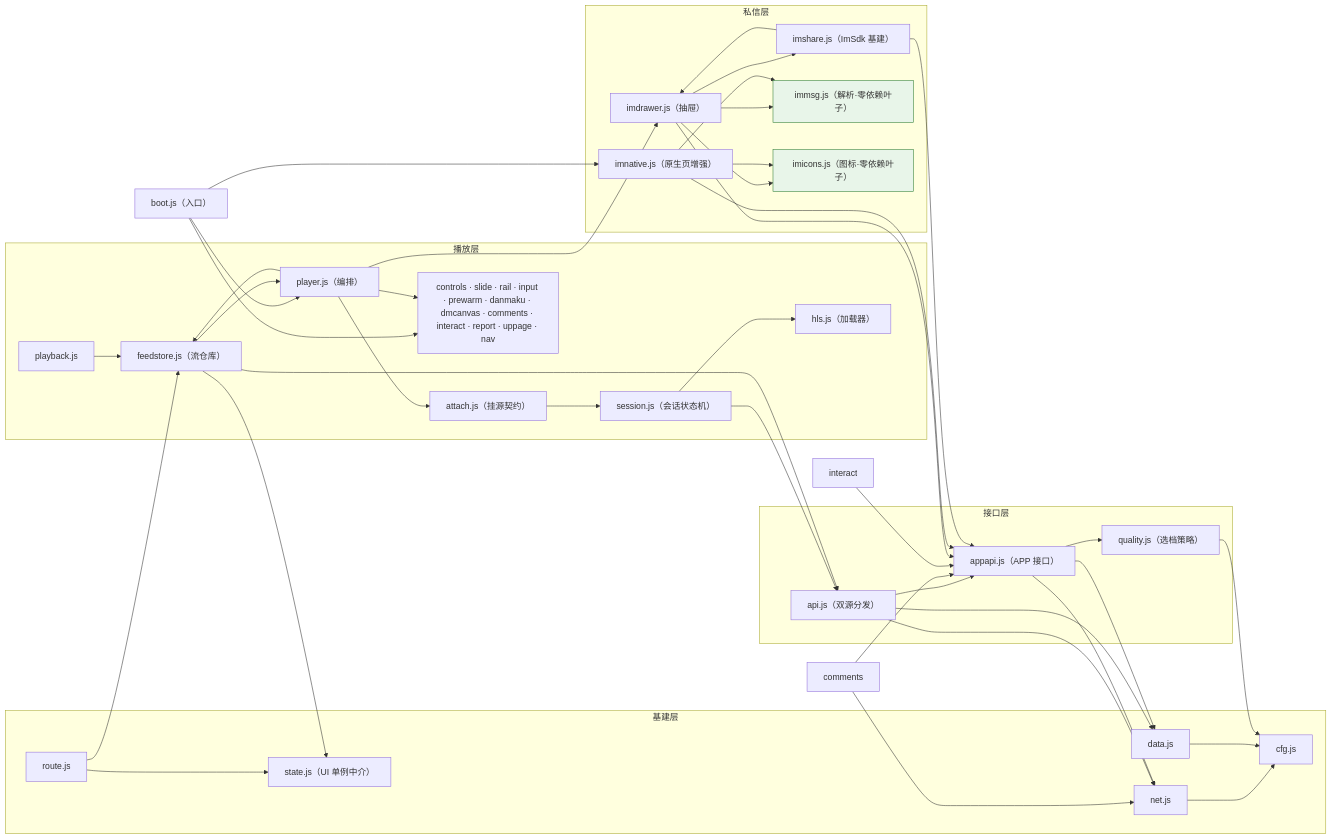
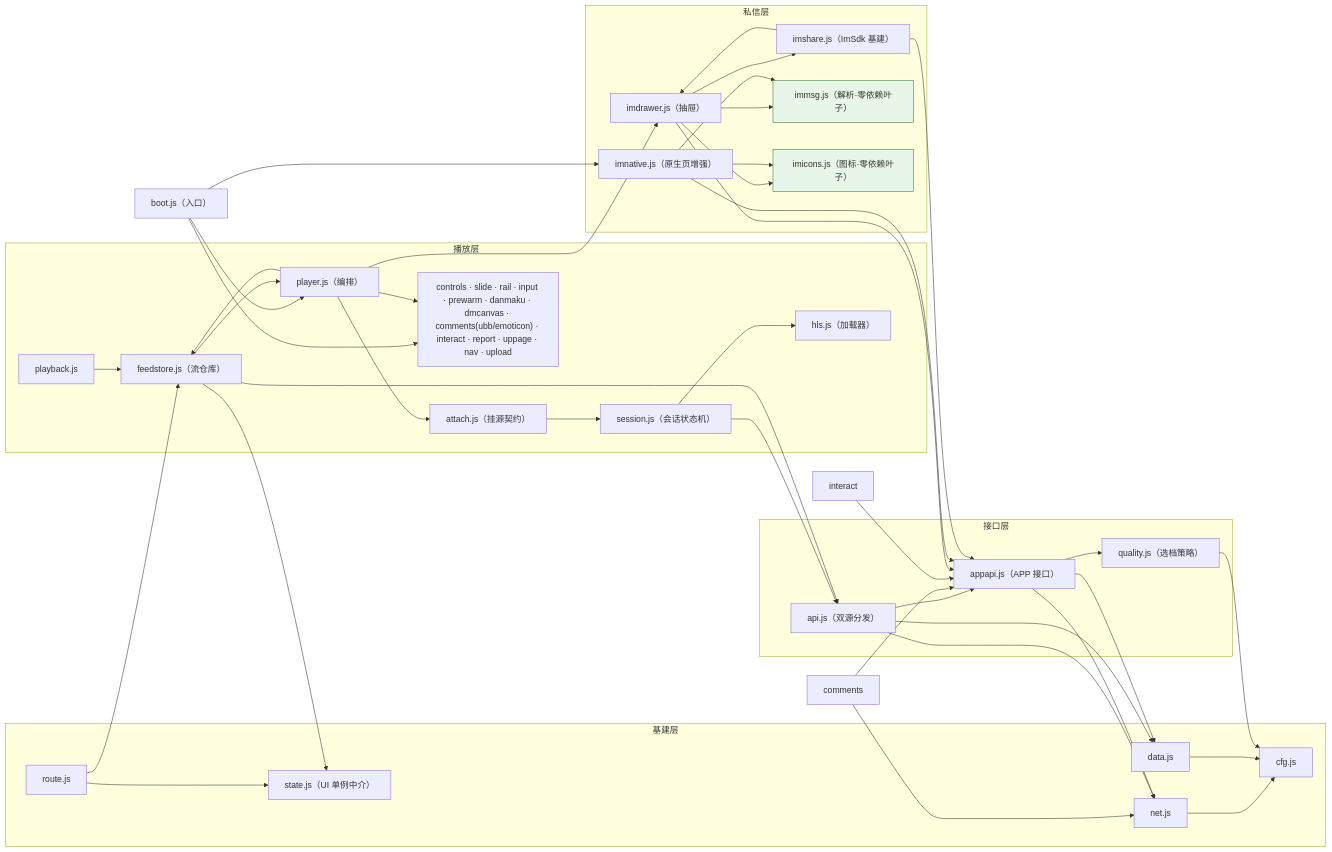
One commit to name-xxl/acfun-svfeed changed the diagram in README.md. Above: the diagram before and after it, drawn with Mermaid. The commit also changed other lines of this file and 11 other files, not shown here.

````diff
--- a/README.md
+++ b/README.md
@@ -767,59 +783,59 @@
 ```mermaid
 flowchart LR
   subgraph base["基建层"]
     cfg["cfg.js"]
     net["net.js"]
     data["data.js"]
     state["state.js（UI 单例中介）"]
     route["route.js"]
   end
 
   subgraph apilayer["接口层"]
     api["api.js（双源分发）"]
     appapi["appapi.js（APP 接口）"]
     quality["quality.js（选档策略）"]
   end
 
   subgraph play["播放层"]
     hls["hls.js（加载器）"]
     session["session.js（会话状态机）"]
     attach["attach.js（挂源契约）"]
     player["player.js（编排）"]
     feedstore["feedstore.js（流仓库）"]
     pb["playback.js"]
-    others["controls · slide · rail · input · prewarm · danmaku · dmcanvas · comments · interact · report · uppage · nav"]
+    others["controls · slide · rail · input · prewarm · danmaku · dmcanvas · comments(ubb/emoticon) · interact · report · uppage · nav · upload"]
   end
 
   subgraph im["私信层"]
     imshare["imshare.js（ImSdk 基建）"]
     imdrawer["imdrawer.js（抽屉）"]
     imnative["imnative.js（原生页增强）"]
     immsg["immsg.js（解析·零依赖叶子）"]
     imicons["imicons.js（图标·零依赖叶子）"]
   end
 
   boot["boot.js（入口）"]
 
   net --> cfg
   data --> cfg
   route --> state & feedstore
   quality --> cfg
 
   api --> net & data & appapi
   appapi --> net & data & quality
 
   boot --> player & others & imnative
   player --> attach & others & feedstore & imdrawer
   attach --> session
   session --> api & hls
   pb --> feedstore
   feedstore --> api & state & player
   comments --> appapi & net
   interact --> appapi
   imdrawer --> imshare & immsg & imicons & appapi
   imnative --> immsg & imicons & appapi
   imshare --> appapi & imdrawer
 
   classDef leaf fill:#e8f5e9,stroke:#2e7d32;
   class immsg,imicons leaf;
 ```
````
